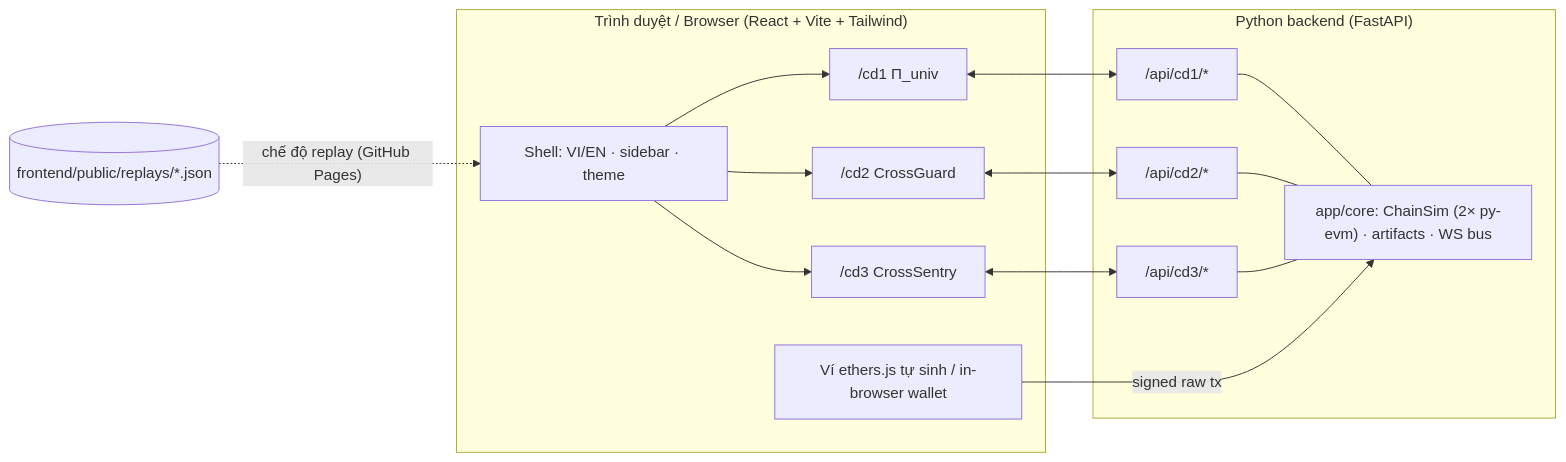
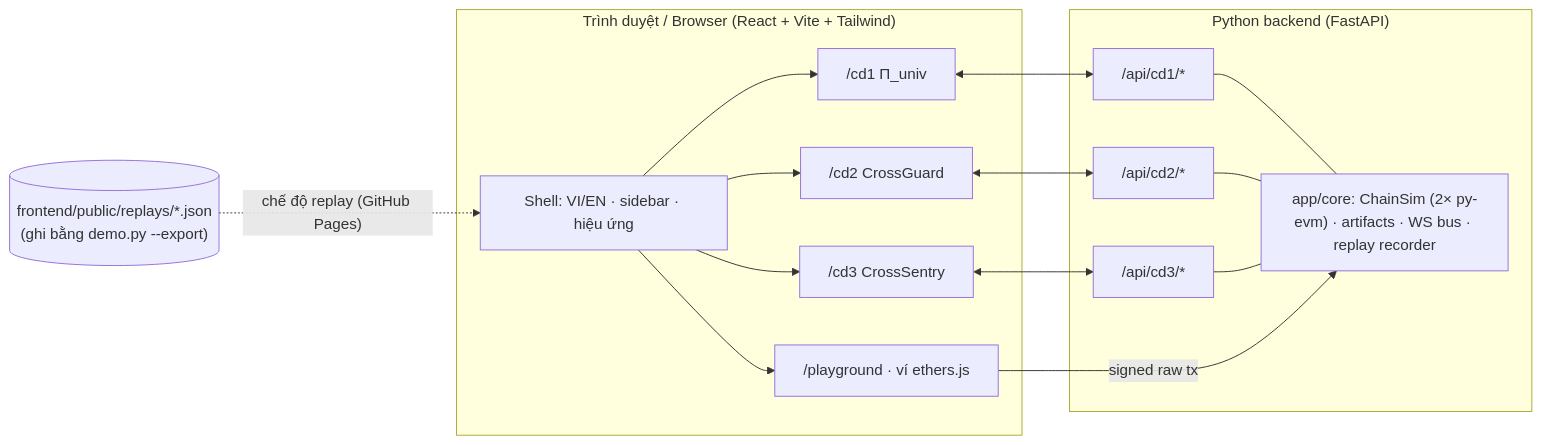
The diagram in README.md (dungtran183/CrossChain-SDLC), drawn with Mermaid before and after one commit. The commit also changed other lines of this file and 33 other files, not shown here.

First line of the commit message:
docs: replay tooling, Pages/CI checks, demo script, screenshots and polish (P5)

````diff
--- a/README.md
+++ b/README.md
@@ -22,20 +27,20 @@
 ```mermaid
 flowchart LR
   subgraph Browser["Trình duyệt / Browser (React + Vite + Tailwind)"]
-    Shell["Shell: VI/EN · sidebar · theme"] --> P1["/cd1 Π_univ"]
+    Shell["Shell: VI/EN · sidebar · hiệu ứng"] --> P1["/cd1 Π_univ"]
     Shell --> P2["/cd2 CrossGuard"]
     Shell --> P3["/cd3 CrossSentry"]
-    Wallet["Ví ethers.js tự sinh / in-browser wallet"]
+    Shell --> PG["/playground · ví ethers.js"]
   end
   subgraph Backend["Python backend (FastAPI)"]
     R1["/api/cd1/*"] --- Core
     R2["/api/cd2/*"] --- Core
     R3["/api/cd3/*"] --- Core
-    Core["app/core: ChainSim (2× py-evm) · artifacts · WS bus"]
+    Core["app/core: ChainSim (2× py-evm) · artifacts · WS bus · replay recorder"]
   end
   P1 <--> R1
   P2 <--> R2
   P3 <--> R3
-  Wallet -- "signed raw tx" --> Core
-  Replay[("frontend/public/replays/*.json")] -. "chế độ replay (GitHub Pages)" .-> Shell
+  PG -- "signed raw tx" --> Core
+  Replay[("frontend/public/replays/*.json<br/>(ghi bằng demo.py --export)")] -. "chế độ replay (GitHub Pages)" .-> Shell
 ```
````
